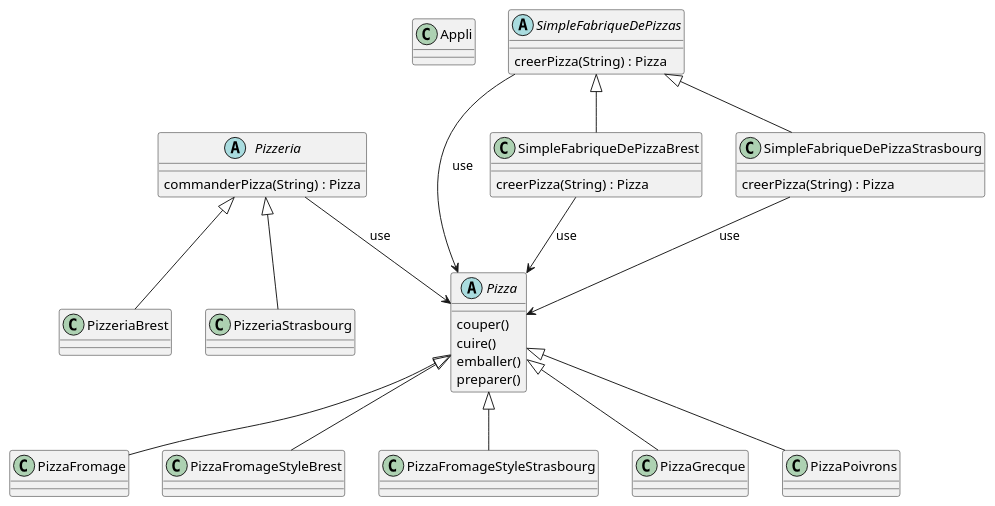
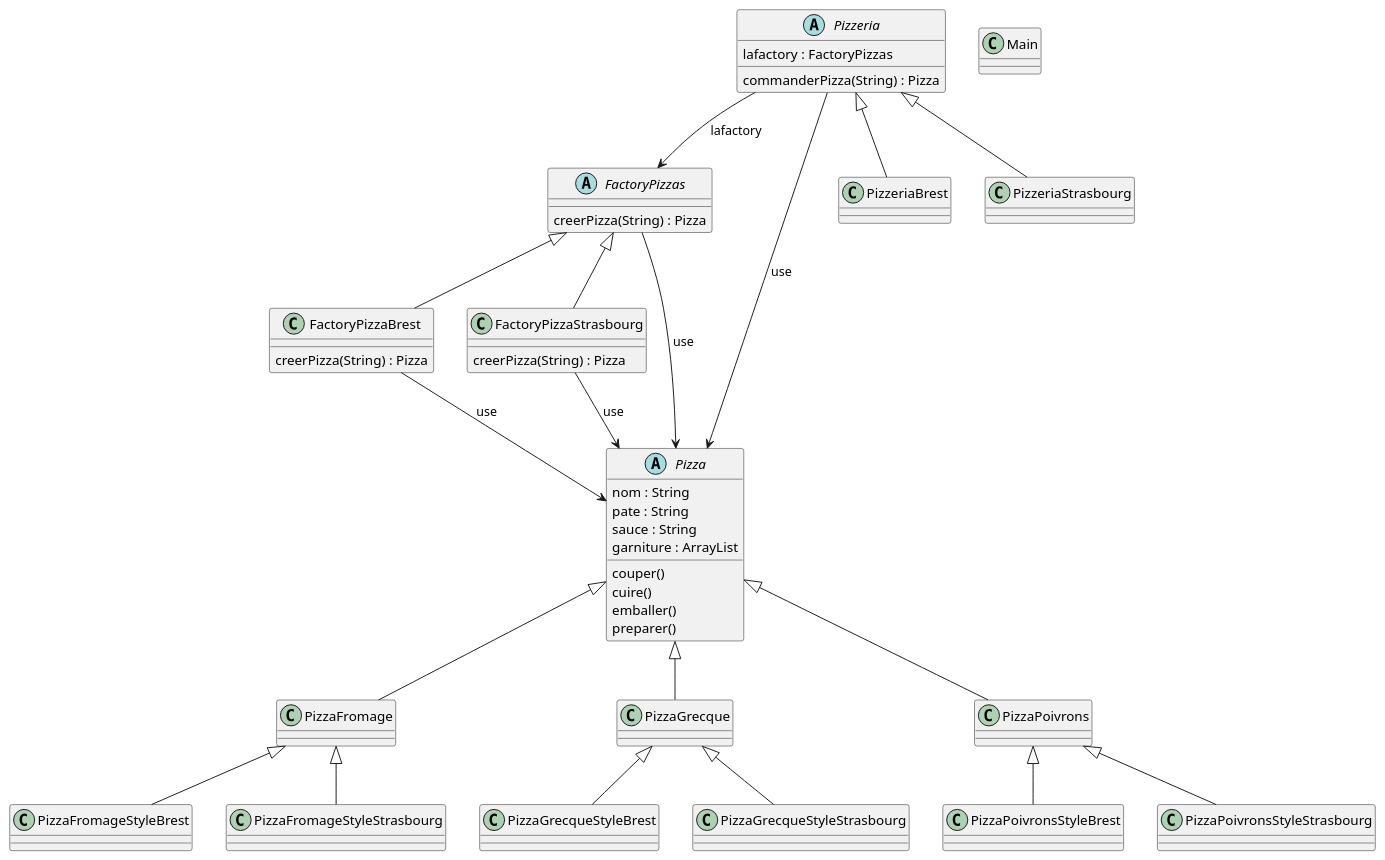
One commit to IUT-Blagnac/cpoa-tp3-hugode-zweemer changed the diagram in docs/tp3.plantuml. Above: the diagram before and after it, drawn with PlantUML. The commit also changed 2 other files, not shown here.

```diff
--- a/docs/tp3.plantuml
+++ b/docs/tp3.plantuml
@@ -1,56 +1,74 @@
 @startuml
 
-class "Appli"
+class "FactoryPizzaBrest" {
+  creerPizza(String) : Pizza
+}
+
+class "FactoryPizzaStrasbourg" {
+  creerPizza(String) : Pizza
+}
+
+abstract class "FactoryPizzas" {
+  creerPizza(String) : Pizza
+}
+
+class "Main"
 
 abstract class "Pizza" {
+  nom : String
+  pate : String
+  sauce : String
+  garniture : ArrayList
   couper()
   cuire()
   emballer()
   preparer()
 }
 
 class "PizzaFromage"
 
 class "PizzaFromageStyleBrest"
 
 class "PizzaFromageStyleStrasbourg"
 
 class "PizzaGrecque"
 
+class "PizzaGrecqueStyleBrest"
+
+class "PizzaGrecqueStyleStrasbourg"
+
 class "PizzaPoivrons"
 
+class "PizzaPoivronsStyleBrest"
+
+class "PizzaPoivronsStyleStrasbourg"
+
 abstract class "Pizzeria" {
+  lafactory : FactoryPizzas
   commanderPizza(String) : Pizza
 }
 
 class "PizzeriaBrest"
 
 class "PizzeriaStrasbourg"
 
-class "SimpleFabriqueDePizzaBrest" {
-  creerPizza(String) : Pizza
-}
-
-class "SimpleFabriqueDePizzaStrasbourg" {
-  creerPizza(String) : Pizza
-}
-
-abstract class "SimpleFabriqueDePizzas" {
-  creerPizza(String) : Pizza
-}
-
+"FactoryPizzaBrest" --> "Pizza" : use
+"FactoryPizzaStrasbourg" --> "Pizza" : use
+"FactoryPizzas" <|-- "FactoryPizzaBrest"
+"FactoryPizzas" <|-- "FactoryPizzaStrasbourg"
+"FactoryPizzas" --> "Pizza" : use
+"PizzaFromage" <|-- "PizzaFromageStyleBrest"
+"PizzaFromage" <|-- "PizzaFromageStyleStrasbourg"
+"PizzaGrecque" <|-- "PizzaGrecqueStyleBrest"
+"PizzaGrecque" <|-- "PizzaGrecqueStyleStrasbourg"
 "Pizza" <|-- "PizzaFromage"
-"Pizza" <|-- "PizzaFromageStyleBrest"
-"Pizza" <|-- "PizzaFromageStyleStrasbourg"
 "Pizza" <|-- "PizzaGrecque"
 "Pizza" <|-- "PizzaPoivrons"
+"PizzaPoivrons" <|-- "PizzaPoivronsStyleBrest"
+"PizzaPoivrons" <|-- "PizzaPoivronsStyleStrasbourg"
+"Pizzeria" --> "FactoryPizzas" : lafactory
 "Pizzeria" --> "Pizza" : use
 "Pizzeria" <|-- "PizzeriaBrest"
 "Pizzeria" <|-- "PizzeriaStrasbourg"
-"SimpleFabriqueDePizzaBrest" --> "Pizza" : use
-"SimpleFabriqueDePizzaStrasbourg" --> "Pizza" : use
-"SimpleFabriqueDePizzas" --> "Pizza" : use
-"SimpleFabriqueDePizzas" <|-- "SimpleFabriqueDePizzaBrest"
-"SimpleFabriqueDePizzas" <|-- "SimpleFabriqueDePizzaStrasbourg"
 
 @enduml
```
